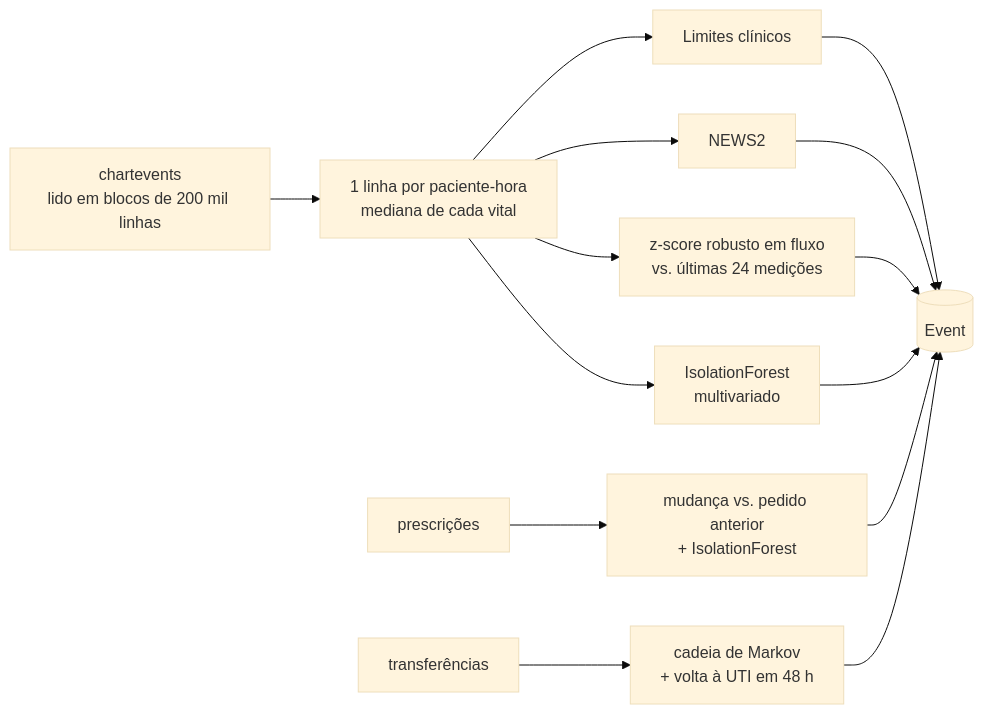
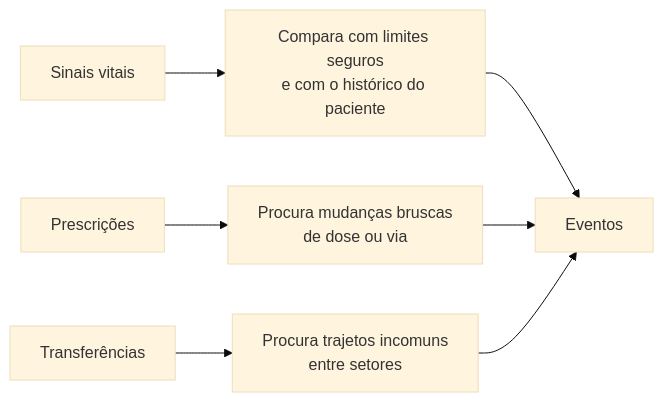
The second of 6 diagrams in ARCHITECTURE.md (BrunoAkira/IA-Multimodal-Hospital), drawn with Mermaid (base theme) before and after one commit. The commit also changed other lines of this file and 21 other files, not shown here.

````diff
--- a/ARCHITECTURE.md
+++ b/ARCHITECTURE.md
@@ -123,11 +32,9 @@
 ```mermaid
 flowchart LR
-    CE[chartevents<br/>lido em blocos de 200 mil linhas] --> H[1 linha por paciente-hora<br/>mediana de cada vital]
-    H --> R1[Limites clínicos]
-    H --> R2[NEWS2]
-    H --> R3[z-score robusto em fluxo<br/>vs. últimas 24 medições]
-    H --> R4[IsolationForest<br/>multivariado]
-    RX[prescrições] --> P[mudança vs. pedido anterior<br/>+ IsolationForest]
-    TR[transferências] --> M[cadeia de Markov<br/>+ volta à UTI em 48 h]
-    R1 & R2 & R3 & R4 & P & M --> EV[(Event)]
+    A[Sinais vitais] --> B[Compara com limites seguros<br/>e com o histórico do paciente]
+    C[Prescrições] --> D[Procura mudanças bruscas<br/>de dose ou via]
+    E[Transferências] --> G[Procura trajetos incomuns<br/>entre setores]
+    B --> H[Eventos]
+    D --> H
+    G --> H
 ```
````
